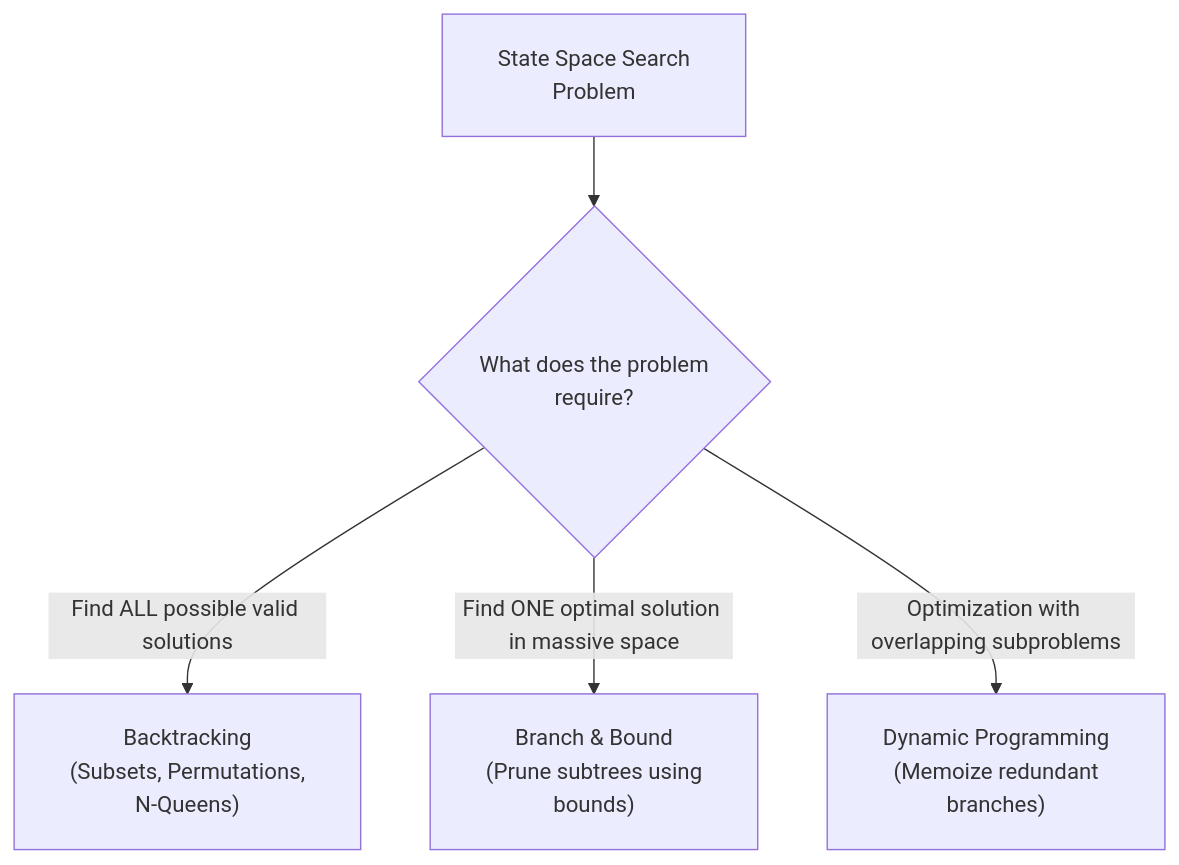
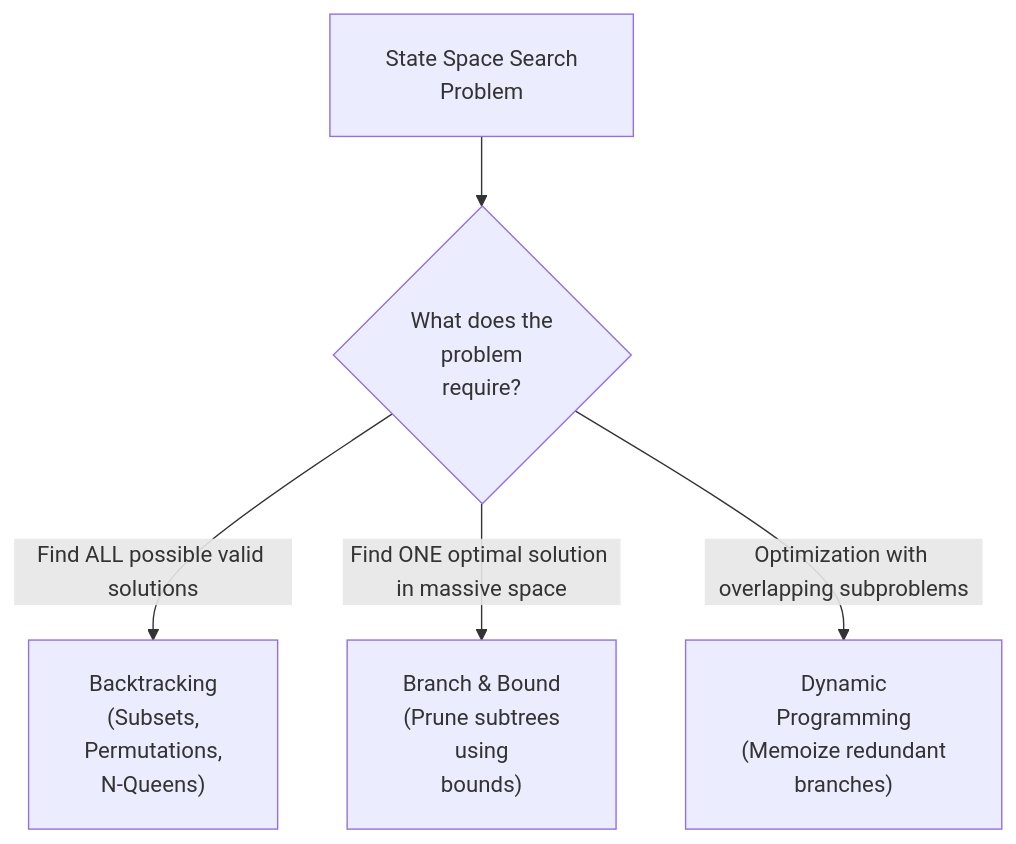
The diagram in week_13_backtracking_and_branch_bound/support files/Week_13_Problem_Solving_Roadmap.md (dip4k/DSA_102), drawn with Mermaid before and after one commit. The commit also changed 106 other files, not shown here.

First line of the commit message:
fix(mermaid): prevent text clipping with foreignObject overflow and tighter line wrapping

````diff
--- a/week_13_backtracking_and_branch_bound/support files/Week_13_Problem_Solving_Roadmap.md
+++ b/week_13_backtracking_and_branch_bound/support files/Week_13_Problem_Solving_Roadmap.md
@@ -45,8 +45,8 @@
 ```mermaid
-%%{init: {"flowchart": {"htmlLabels": true, "padding": 20}}}%%
+%%{init: {"flowchart": {"htmlLabels": true, "padding": 20}, "themeCSS": "foreignObject { overflow: visible !important; }"}}%%
 flowchart TD
-    Start["State Space Search<br/>Problem"] --> Q1{"What does the problem<br/>require?"}
-    Q1 -->|Find ALL possible valid solutions| P1["Backtracking<br/>(Subsets, Permutations,<br/>N-Queens)"]
-    Q1 -->|Find ONE optimal solution in massive space| P2["Branch & Bound<br/>(Prune subtrees using<br/>bounds)"]
-    Q1 -->|Optimization with overlapping subproblems| P3["Dynamic Programming<br/>(Memoize redundant<br/>branches)"]
+    Start["State Space Search<br/>Problem"] --> Q1{"What does the<br/>problem<br/>require?"}
+    Q1 -->|Find ALL possible valid solutions| P1["Backtracking<br/>(Subsets,<br/>Permutations,<br/>N-Queens)"]
+    Q1 -->|Find ONE optimal solution in massive space| P2["Branch & Bound<br/>(Prune subtrees<br/>using<br/>bounds)"]
+    Q1 -->|Optimization with overlapping subproblems| P3["Dynamic<br/>Programming<br/>(Memoize redundant<br/>branches)"]
 ```
````
